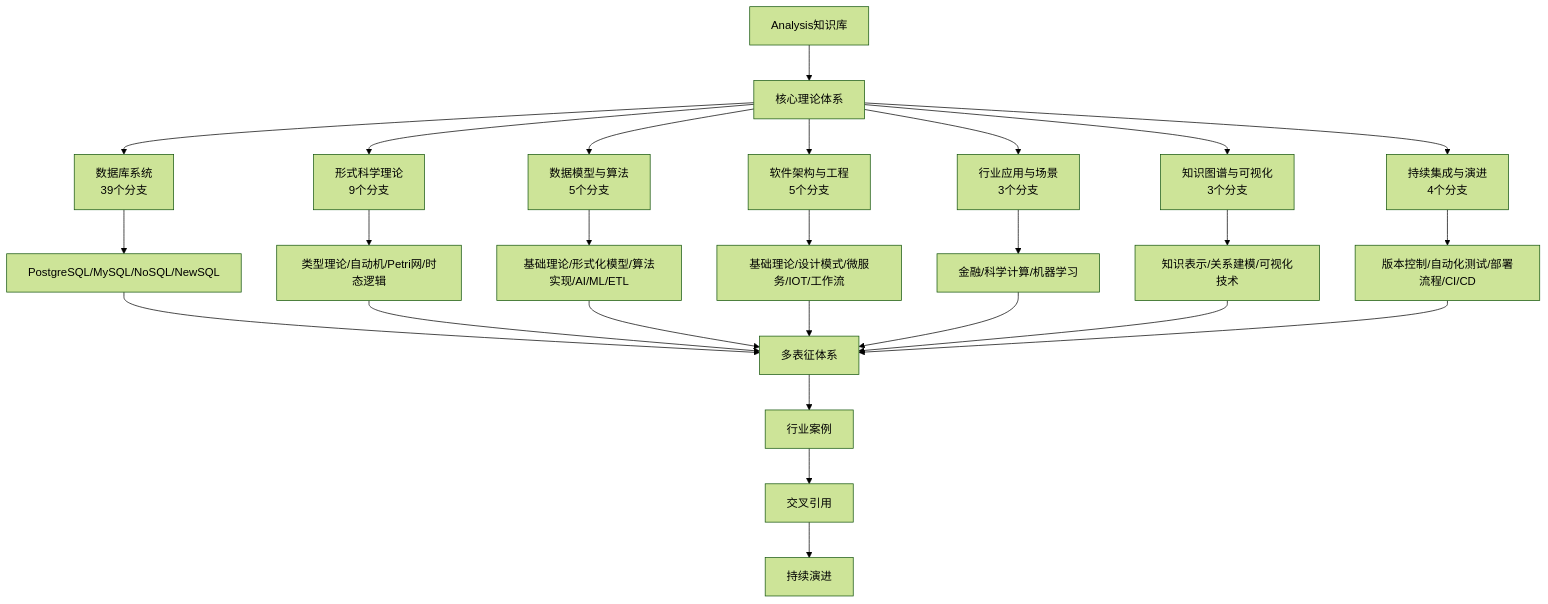
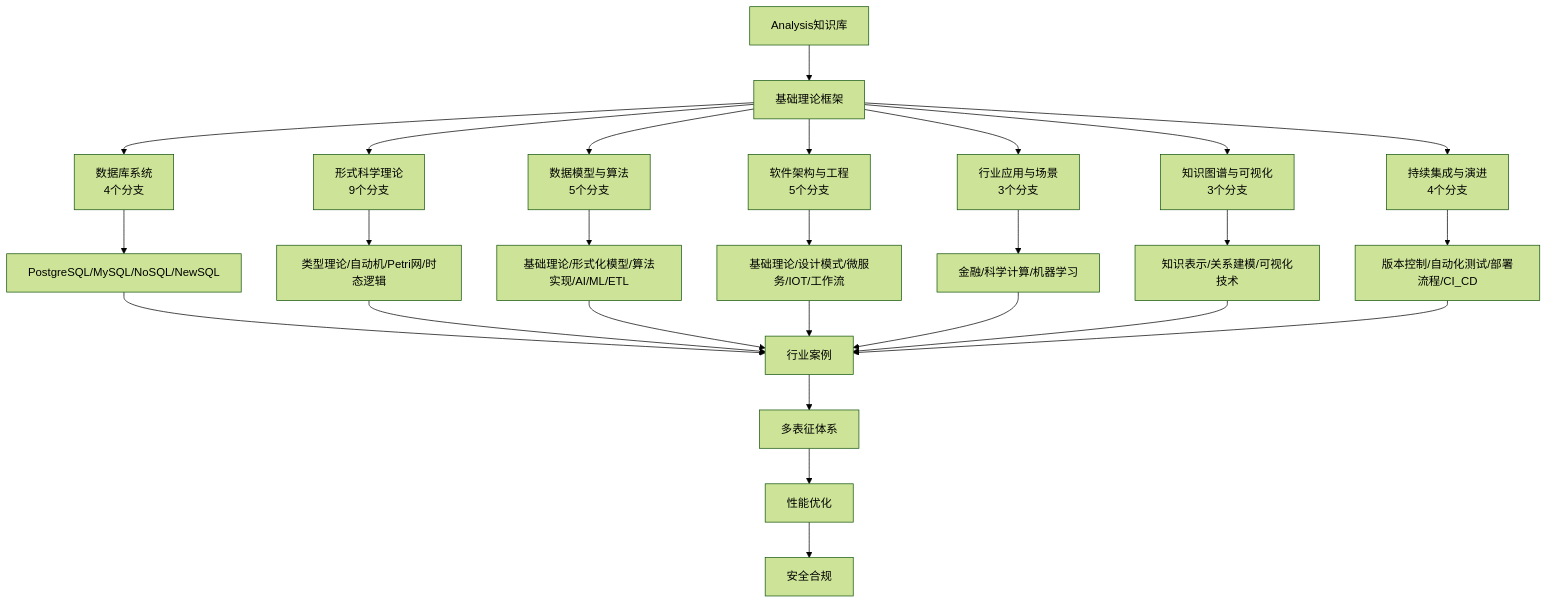
Before and after one commit to AdaMartin18010/Data-Science: the diagram in Analysis/README.md, drawn with Mermaid (forest theme). The commit also changed other lines of this file and 27 other files, not shown here.

````diff
--- a/Analysis/README.md
+++ b/Analysis/README.md
@@ -35,24 +31,24 @@
 ```mermaid
 flowchart TD
-  A[Analysis知识库] --> B[核心理论体系]
-  B --> C1[数据库系统<br/>39个分支]
+  A[Analysis知识库] --> B[基础理论框架]
+  B --> C1[数据库系统<br/>4个分支]
   B --> C2[形式科学理论<br/>9个分支]
   B --> C3[数据模型与算法<br/>5个分支]
   B --> C4[软件架构与工程<br/>5个分支]
   B --> C5[行业应用与场景<br/>3个分支]
   B --> C6[知识图谱与可视化<br/>3个分支]
   B --> C7[持续集成与演进<br/>4个分支]
   
   C1 --> D[PostgreSQL/MySQL/NoSQL/NewSQL]
   C2 --> E[类型理论/自动机/Petri网/时态逻辑]
   C3 --> F[基础理论/形式化模型/算法实现/AI/ML/ETL]
   C4 --> G[基础理论/设计模式/微服务/IOT/工作流]
   C5 --> H[金融/科学计算/机器学习]
   C6 --> I[知识表示/关系建模/可视化技术]
-  C7 --> J[版本控制/自动化测试/部署流程/CI/CD]
+  C7 --> J[版本控制/自动化测试/部署流程/CI_CD]
   
-  D & E & F & G & H & I & J --> K[多表征体系]
-  K --> L[行业案例]
-  L --> M[交叉引用]
-  M --> N[持续演进]
+  D & E & F & G & H & I & J --> K[行业案例]
+  K --> L[多表征体系]
+  L --> M[性能优化]
+  M --> N[安全合规]
 ```
````
